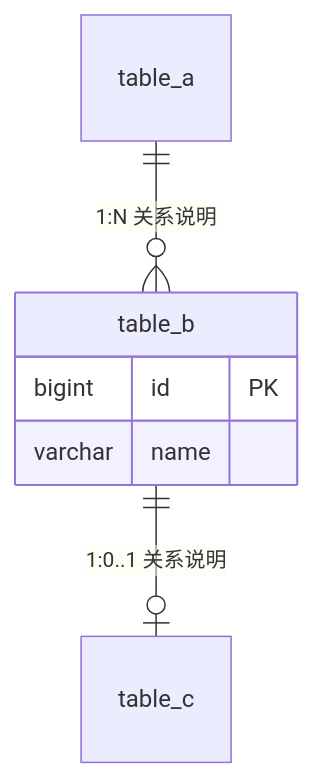
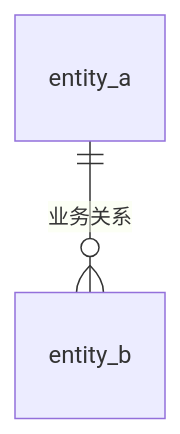
The third of 4 diagrams in spec/templates/technical-design.zh-CN.md (zyf3313/fstar-trellis-ext), drawn with Mermaid before and after one commit. The commit also changed other lines of this file and 53 other files, not shown here.

````diff
--- a/spec/templates/technical-design.zh-CN.md
+++ b/spec/templates/technical-design.zh-CN.md
@@ -92,9 +62,4 @@
 ```mermaid
 erDiagram
-    table_a ||--o{ table_b : "1:N 关系说明"
-    table_b ||--o| table_c : "1:0..1 关系说明"
-    table_b {
-        bigint id PK
-        varchar name
-    }
+    entity_a ||--o{ entity_b : "业务关系"
 ```
````
